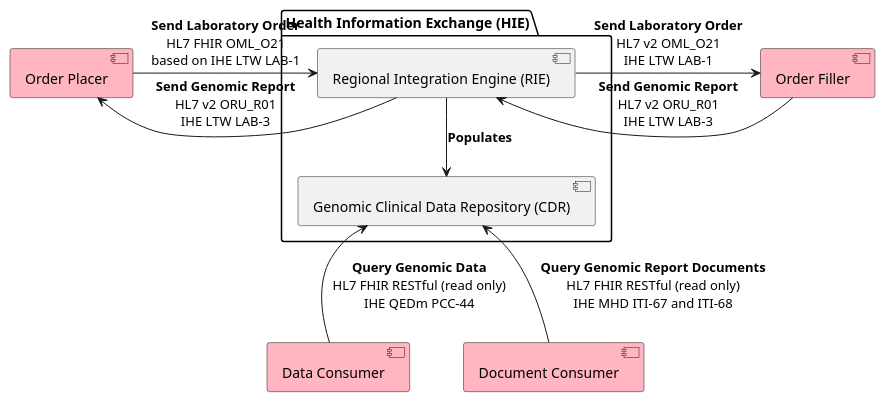
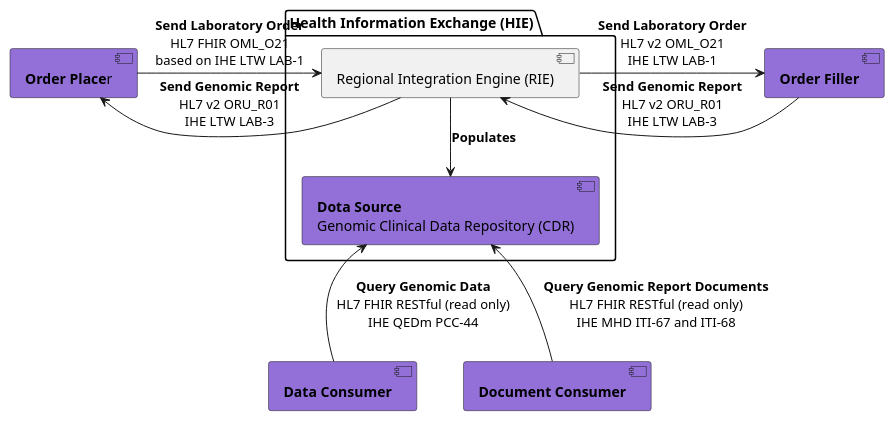
The diagram in input/images-source/overview-hie.plantuml (uk-gov-mirror/nw-gmsa.nw-gmsa.github.com), drawn with PlantUML before and after one commit. The commit also changed 1 other file, not shown here.

```diff
--- a/input/images-source/overview-hie.plantuml
+++ b/input/images-source/overview-hie.plantuml
@@ -1,20 +1,20 @@
 @startuml
 
- component "Order Placer" as EPR #LightPink
- component "Order Filler" as LIMS #LightPink
+ component "**Order Place**r" as EPR #MediumPurple
+ component "**Order Filler**" as LIMS #MediumPurple
  package "Health Information Exchange (HIE)" {
     component "Regional Integration Engine (RIE)" as TIE
-    component "Genomic Clinical Data Repository (CDR)" as CDR
+    component "**Dota Source**\nGenomic Clinical Data Repository (CDR)" as CDR #MediumPurple
  }
-component "Data Consumer" as HIE #LightPink
-component "Document Consumer" as HIEU #LightPink
+component "**Data Consumer**" as HIE #MediumPurple
+component "**Document Consumer**" as HIEU #MediumPurple
 
  EPR -r-> TIE : **Send Laboratory Order**\nHL7 FHIR OML_O21\nbased on IHE LTW LAB-1
  TIE -r-> LIMS: **Send Laboratory Order**\nHL7 v2 OML_O21\nIHE LTW LAB-1
  LIMS -l-> TIE : **Send Genomic Report**\nHL7 v2 ORU_R01\nIHE LTW LAB-3
  TIE -l-> EPR: **Send Genomic Report**\nHL7 v2 ORU_R01\nIHE LTW LAB-3
  TIE -d-> CDR: **Populates**
  HIE -u-> CDR: **Query Genomic Data**\nHL7 FHIR RESTful (read only)\nIHE QEDm PCC-44
  HIEU -u-> CDR: **Query Genomic Report Documents**\nHL7 FHIR RESTful (read only)\nIHE MHD ITI-67 and ITI-68
 
 @enduml
```
